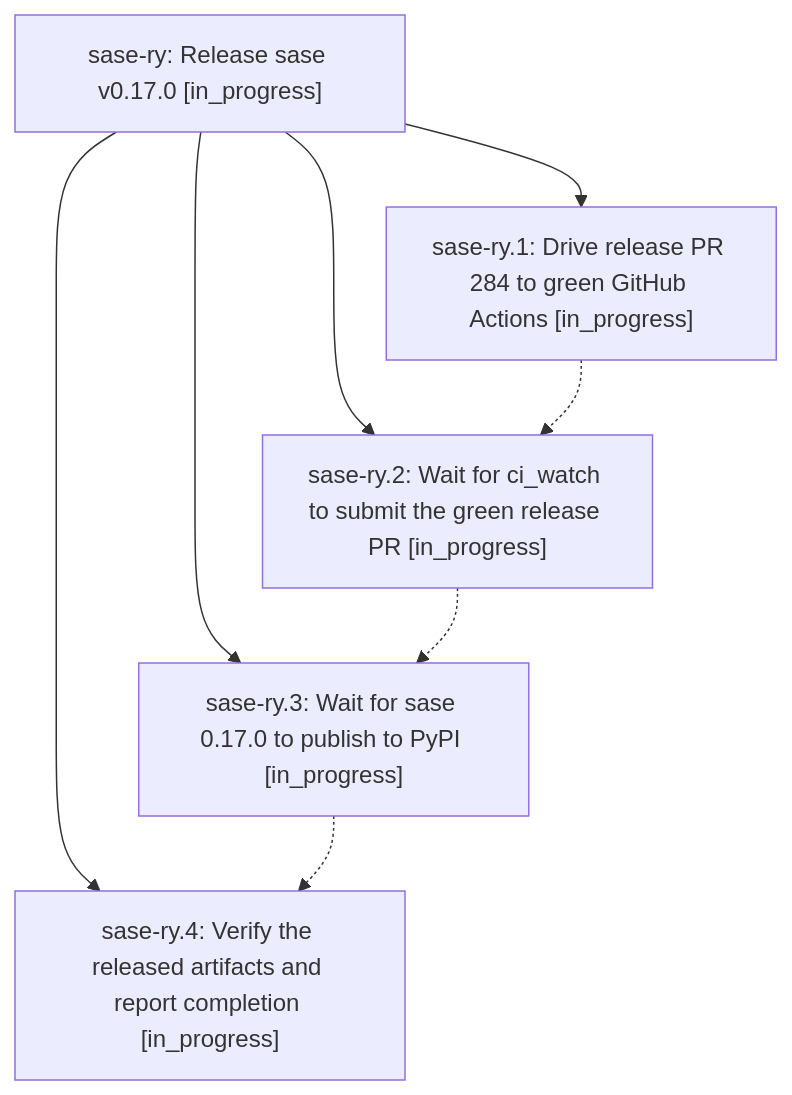
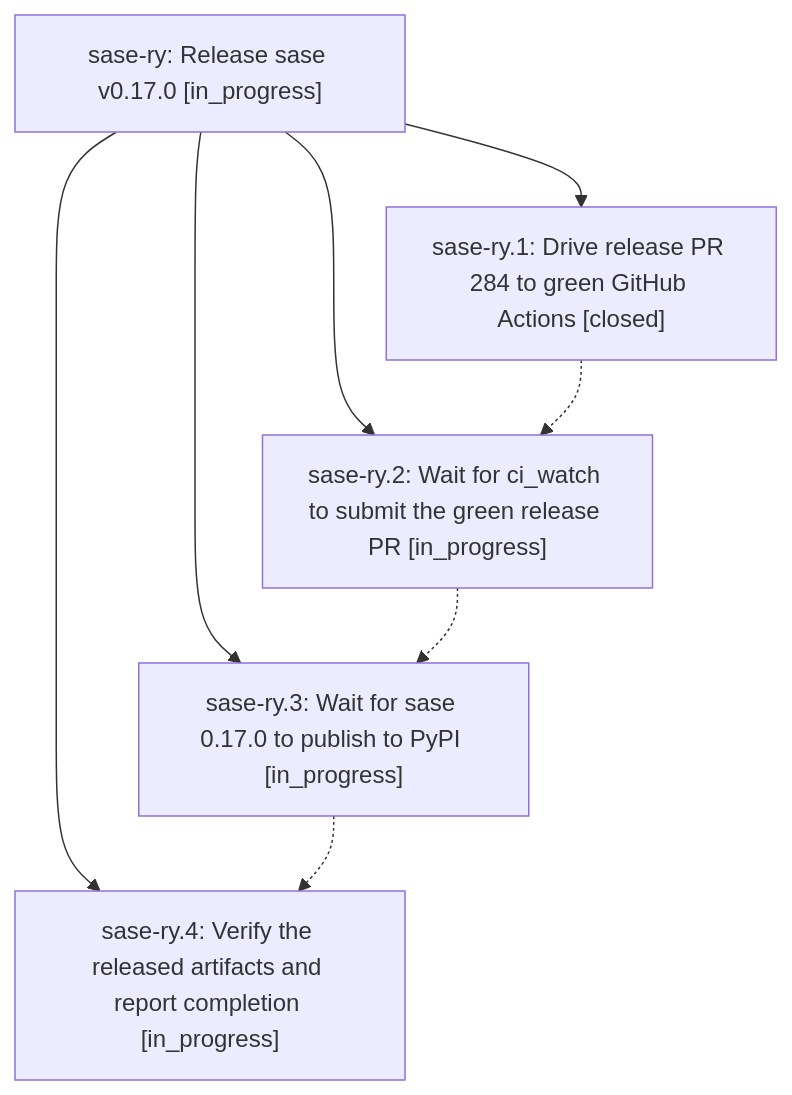
The diagram in pages/sase-ry/README.md (sase-org/sase--beads), drawn with Mermaid before and after one commit. The commit also changed other lines of this file and 2 other files, not shown here.

First line of the commit message:
chore(beads): sync bead state and pages for sase-ry

````diff
--- a/pages/sase-ry/README.md
+++ b/pages/sase-ry/README.md
@@ -25,15 +25,15 @@
 ```mermaid
 flowchart TD
     n0["sase-ry: Release sase v0.17.0 [in_progress]"]
-    n1["sase-ry.1: Drive release PR 284 to green GitHub Actions [in_progress]"]
+    n1["sase-ry.1: Drive release PR 284 to green GitHub Actions [closed]"]
     n2["sase-ry.2: Wait for ci_watch to submit the green release PR [in_progress]"]
     n3["sase-ry.3: Wait for sase 0.17.0 to publish to PyPI [in_progress]"]
     n4["sase-ry.4: Verify the released artifacts and report completion [in_progress]"]
     n0 --> n1
     n0 --> n2
     n0 --> n3
     n0 --> n4
     n1 -.-> n2
     n2 -.-> n3
     n3 -.-> n4
 ```
````
